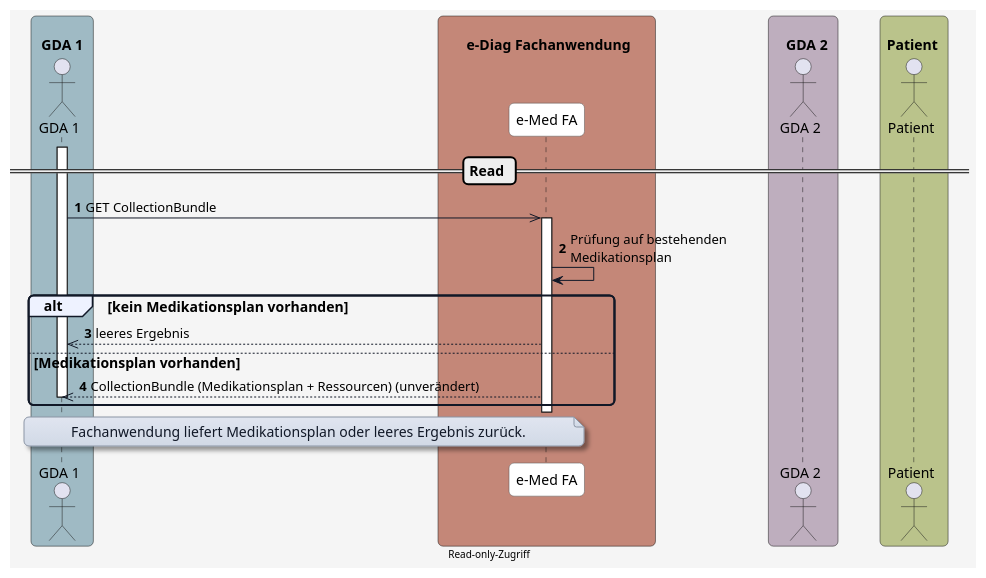
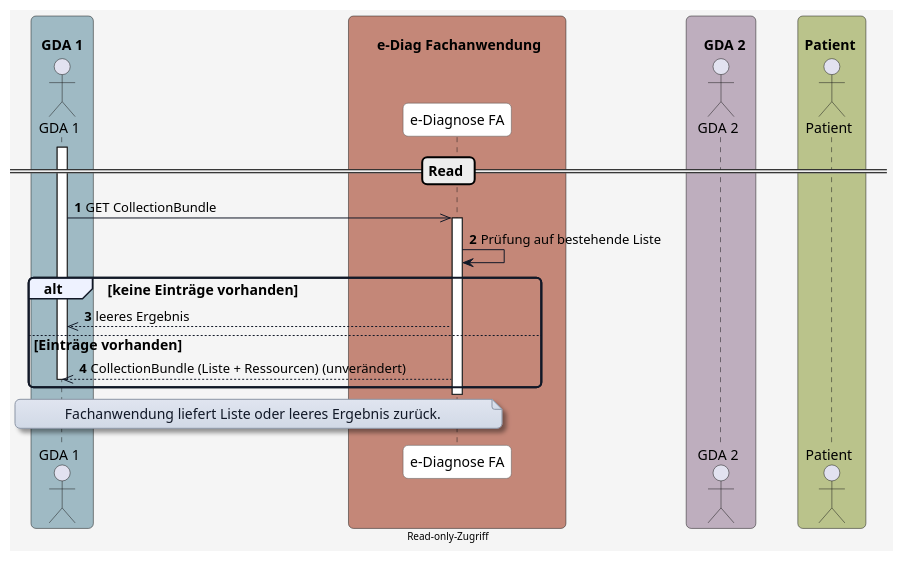
One commit to HL7Austria/ELGA-e-Diagnose-R4 changed the diagram in plantuml/diagram_read.plantuml. Above: the diagram before and after it, drawn with PlantUML. The commit also changed 1 other file, not shown here.

Commit message:
update diagram read

```diff
--- a/plantuml/diagram_read.plantuml
+++ b/plantuml/diagram_read.plantuml
@@ -1,81 +1,81 @@
 @startuml
 skinparam borderColor #000000
 skinparam backgroundColor #f5f5f5
 skinparam shadowing false
 skinparam roundCorner 10
 skinparam defaultFontName "Arial"
 skinparam defaultFontSize 14
 skinparam defaultFontColor #000000
 
 skinparam note {
   BackgroundColor #e0e5f0-#d1d9e6
   BorderColor #8b95a5
   BorderThickness 1
   RoundCorner 8
   Padding 6
   FontColor #111827
   Shadowing true
 }
 
 skinparam HyperlinkColor #0000EE
 skinparam HyperlinkUnderline false
 
 skinparam sequence {
   ParticipantBorderColor #555555
   ParticipantBackgroundColor #ffffff
   ParticipantFontColor #000000
   ParticipantFontSize 14
   ParticipantPadding 20
   ArrowColor #111827
   ArrowThickness 1
   ArrowFontColor #000000
   ArrowFontSize 13
   GroupBorderColor #111827
   GroupBackgroundColor #eef2ff
   GroupBorderThickness 2
 }
 
 skinparam BoxPadding 20
 skinparam BoxBorderColor #555555
 
 box "\n  GDA 1  " #9fbac4
   actor GDA_1 as "GDA 1"
 end box
 
 box "\n       e-Diag Fachanwendung      " #C48778
-  participant eDiag_FA as "e-Med FA"
+  participant eDiag_FA as "e-Diagnose FA"
 end box
 
 box "\n    GDA 2  " #beaebe
   actor GDA_2 as "GDA 2"
 end box
 
 box "\n Patient  " #bac38b
   actor Patient as "Patient"
 end box
 
 
 autonumber
 
 == Read ==
 activate GDA_1
 GDA_1 ->> eDiag_FA: GET CollectionBundle
 
 activate eDiag_FA
-eDiag_FA -> eDiag_FA: Prüfung auf bestehenden\nMedikationsplan
+eDiag_FA -> eDiag_FA: Prüfung auf bestehende Liste
 
-alt kein Medikationsplan vorhanden
+alt keine Einträge vorhanden
   eDiag_FA -->> GDA_1: leeres Ergebnis
-else Medikationsplan vorhanden
-  eDiag_FA -->> GDA_1: CollectionBundle (Medikationsplan + Ressourcen) (unverändert)
+else Einträge vorhanden
+  eDiag_FA -->> GDA_1: CollectionBundle (Liste + Ressourcen) (unverändert)
   deactivate GDA_1
 end
 deactivate eDiag_FA
 
 note over GDA_1, eDiag_FA
-Fachanwendung liefert Medikationsplan oder leeres Ergebnis zurück.
+Fachanwendung liefert Liste oder leeres Ergebnis zurück.
 end note
 
 center footer Read-only-Zugriff
 
 @enduml
```
